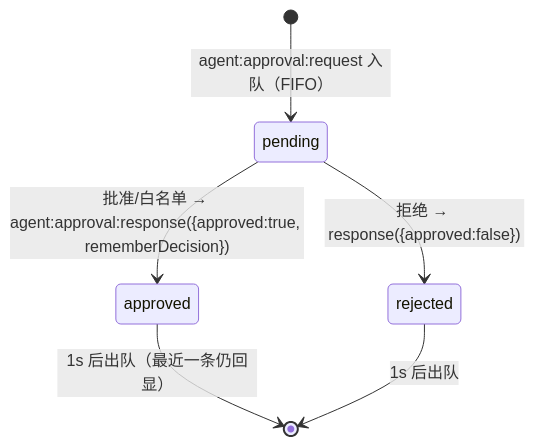
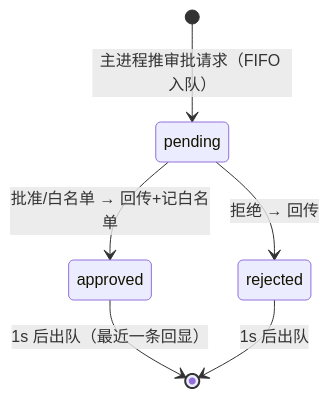
One commit to zlh12331/superagent changed diagram 12 of 21 in docs/design/09-ux-interaction-spec.md. Above: the diagram before and after it, drawn with Mermaid. The commit also changed other lines of this file, not shown here.

Commit message:
docs: rewrite guide with diagram-first presentation (21 mermaid charts)

````diff
--- a/docs/design/09-ux-interaction-spec.md
+++ b/docs/design/09-ux-interaction-spec.md
@@ -286,8 +406,8 @@
 ```mermaid
 stateDiagram-v2
-  [*] --> pending: agent:approval:request 入队（FIFO）
-  pending --> approved: 批准/白名单 → agent:approval:response({approved:true, rememberDecision})
-  pending --> rejected: 拒绝 → response({approved:false})
-  approved --> [*]: 1s 后出队（最近一条仍回显）
+  [*] --> pending: 主进程推审批请求（FIFO 入队）
+  pending --> approved: 批准/白名单 → 回传+记白名单
+  pending --> rejected: 拒绝 → 回传
+  approved --> [*]: 1s 后出队（最近一条回显）
   rejected --> [*]: 1s 后出队
 ```
````
